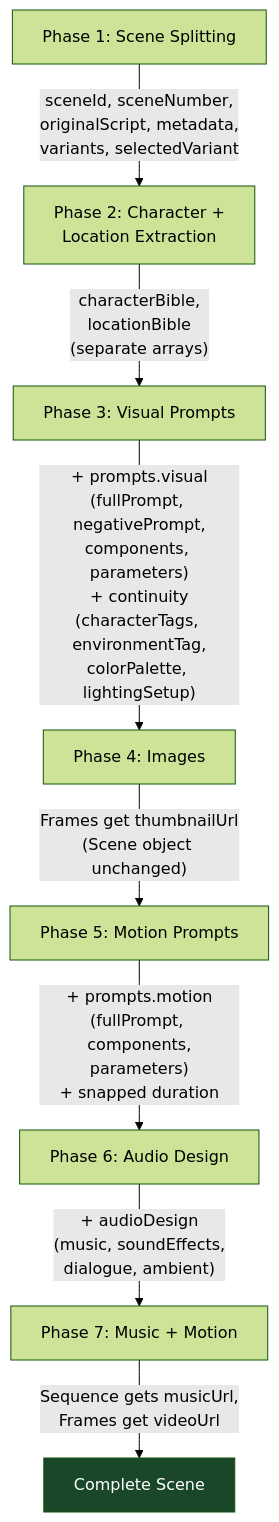
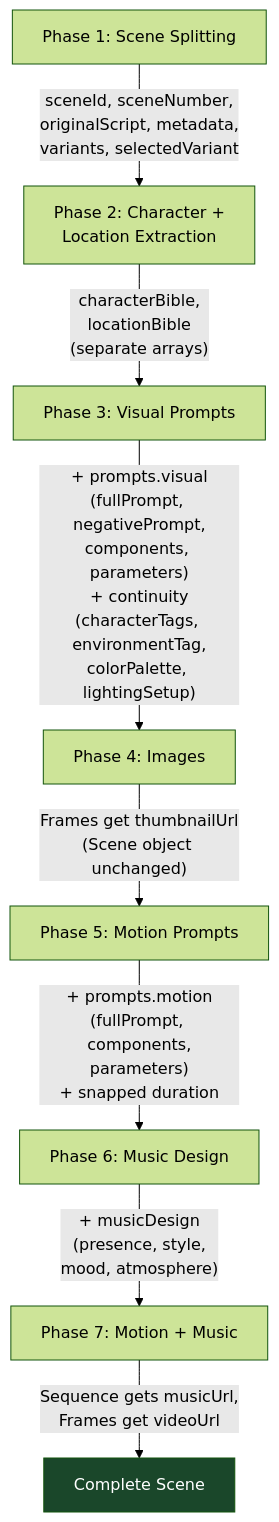
One commit to hhwjsw711/openstory changed the fifth of 5 diagrams in docs/workflow.md. Above: the diagram before and after it, drawn with Mermaid (forest theme). The commit also changed other lines of this file and 1 other file, not shown here.

First line of the commit message:
Update workflow docs to reflect streaming parser, musicDesign, and batched polling #407

````diff
--- a/docs/workflow.md
+++ b/docs/workflow.md
@@ -404,12 +397,12 @@
 ```mermaid
 flowchart TD
     P1["Phase 1: Scene Splitting"] -->|"sceneId, sceneNumber,<br/>originalScript, metadata,<br/>variants, selectedVariant"| P2
     P2["Phase 2: Character +<br/>Location Extraction"] -->|"characterBible,<br/>locationBible<br/>(separate arrays)"| P3
     P3["Phase 3: Visual Prompts"] -->|"+ prompts.visual<br/>(fullPrompt, negativePrompt,<br/>components, parameters)<br/>+ continuity<br/>(characterTags, environmentTag,<br/>colorPalette, lightingSetup)"| P4
     P4["Phase 4: Images"] -->|"Frames get thumbnailUrl<br/>(Scene object unchanged)"| P5
     P5["Phase 5: Motion Prompts"] -->|"+ prompts.motion<br/>(fullPrompt, components,<br/>parameters)<br/>+ snapped duration"| P6
-    P6["Phase 6: Audio Design"] -->|"+ audioDesign<br/>(music, soundEffects,<br/>dialogue, ambient)"| P7
-    P7["Phase 7: Music + Motion"] -->|"Sequence gets musicUrl,<br/>Frames get videoUrl"| Final["Complete Scene"]
+    P6["Phase 6: Music Design"] -->|"+ musicDesign<br/>(presence, style,<br/>mood, atmosphere)"| P7
+    P7["Phase 7: Motion + Music"] -->|"Sequence gets musicUrl,<br/>Frames get videoUrl"| Final["Complete Scene"]
 
     style Final fill:#1a472a,color:#fff
 ```
````
